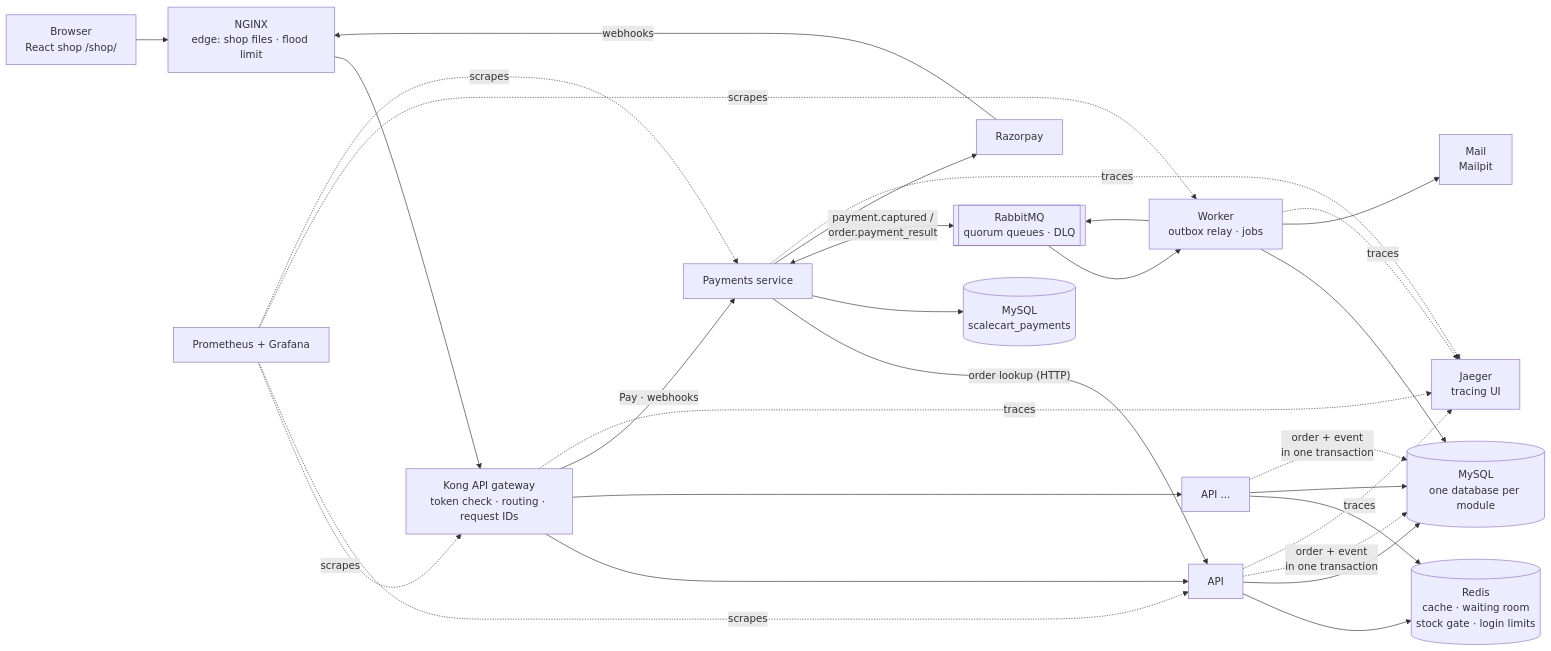
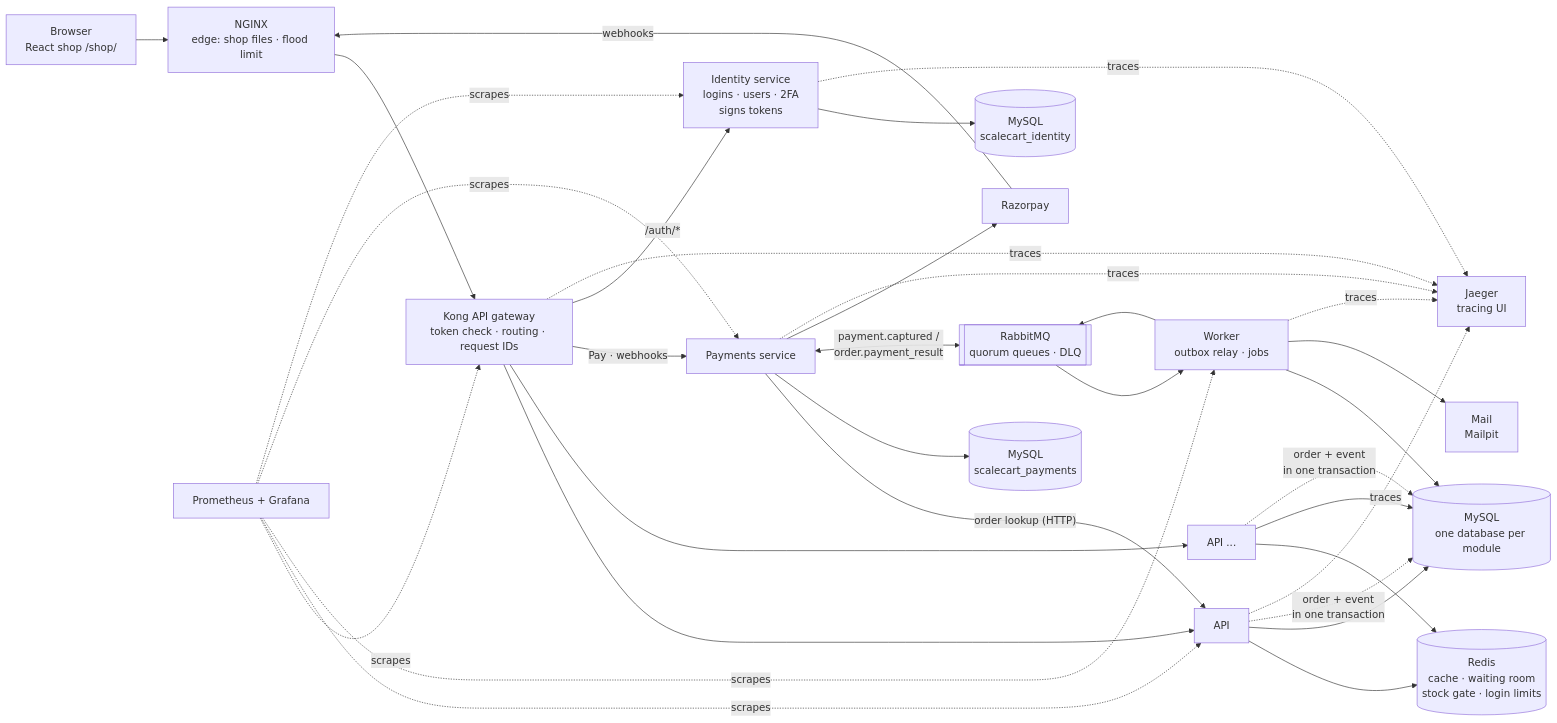
One commit to prince-1905/scaleCart changed the diagram in README.md. Above: the diagram before and after it, drawn with Mermaid. The commit also changed other lines of this file and 106 other files, not shown here.

First line of the commit message:
Phase 11: identity as its own service, RS256 tokens, E14

````diff
--- a/README.md
+++ b/README.md
@@ -47,22 +48,24 @@
 ```mermaid
 flowchart LR
     B[Browser<br/>React shop /shop/] --> LB[NGINX<br/>edge: shop files · flood limit]
     RZ[Razorpay] -- webhooks --> LB
     LB --> GW[Kong API gateway<br/>token check · routing · request IDs]
     GW --> API1[API]
     GW --> API2[API ...]
     GW -- Pay · webhooks --> PAY[Payments service]
+    GW -- "/auth/*" --> ID[Identity service<br/>logins · users · 2FA<br/>signs tokens]
+    ID --> IM[(MySQL<br/>scalecart_identity)]
     PAY -- "order lookup (HTTP)" --> API1
     PAY --> PM[(MySQL<br/>scalecart_payments)]
     PAY <-- "payment.captured /<br/>order.payment_result" --> Q
     PAY --> RZ
     API1 & API2 --> R[(Redis<br/>cache · waiting room<br/>stock gate · login limits)]
     API1 & API2 --> M[(MySQL<br/>one database per module)]
     API1 & API2 -. order + event<br/>in one transaction .-> M
     W[Worker<br/>outbox relay · jobs] --> M
     W --> Q[[RabbitMQ<br/>quorum queues · DLQ]]
     Q --> W
     W --> MP[Mail<br/>Mailpit]
-    P[Prometheus + Grafana] -. scrapes .-> GW & API1 & W & PAY
-    GW & API1 & W & PAY -. traces .-> J[Jaeger<br/>tracing UI]
+    P[Prometheus + Grafana] -. scrapes .-> GW & API1 & W & PAY & ID
+    GW & API1 & W & PAY & ID -. traces .-> J[Jaeger<br/>tracing UI]
 ```
````
